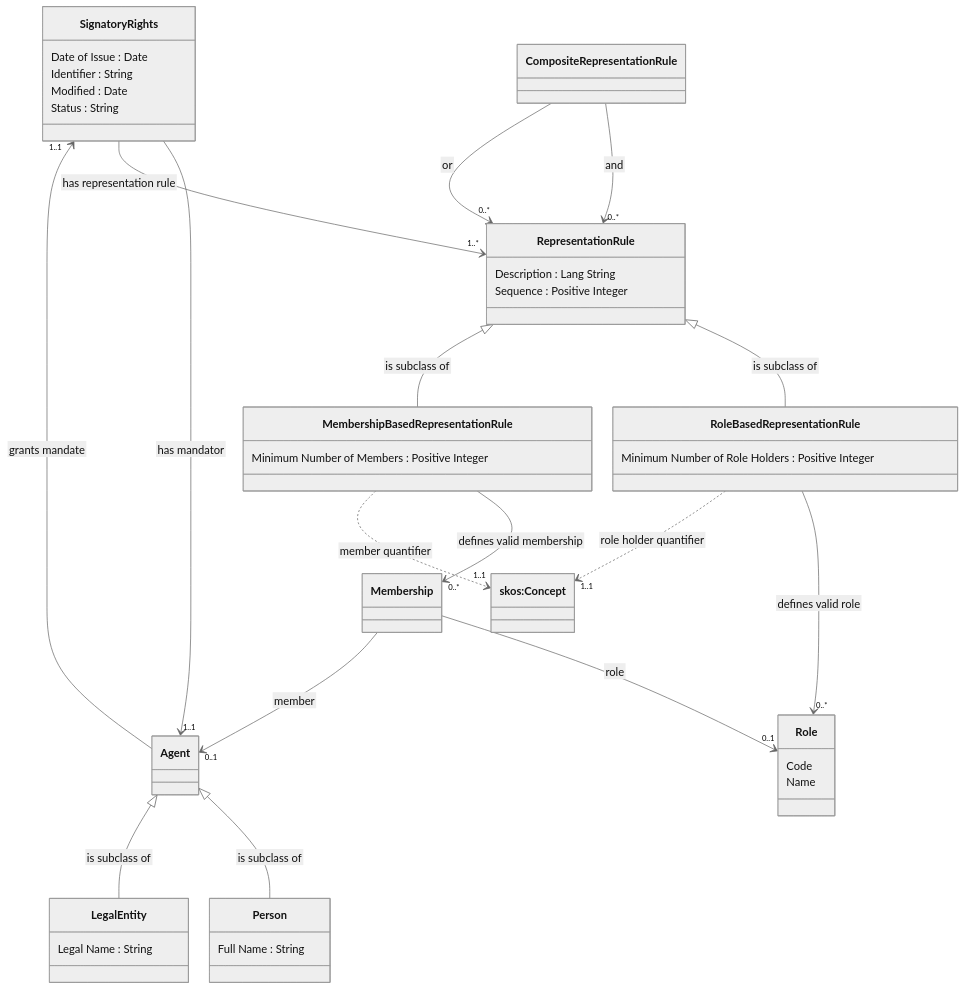
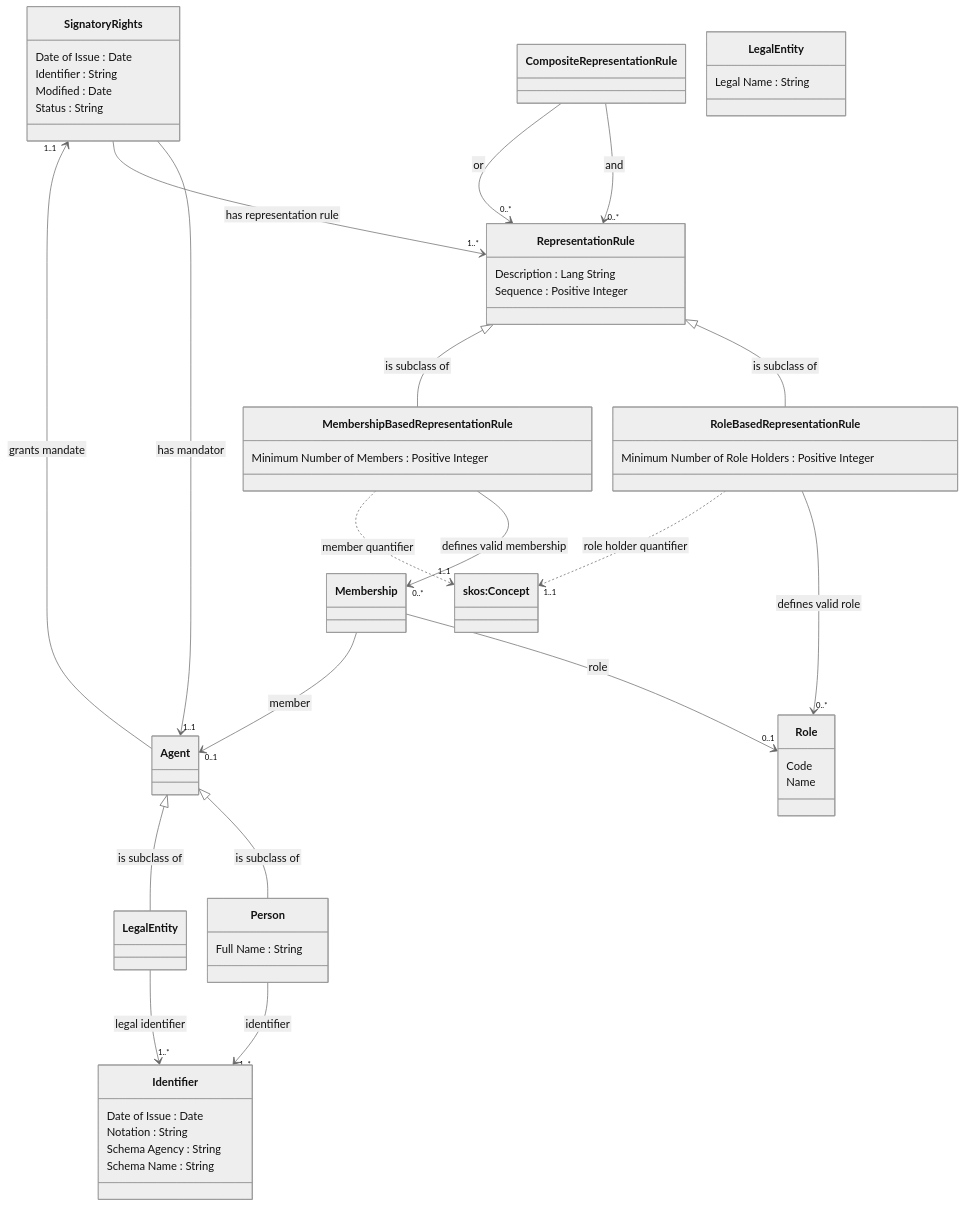
The second of 2 diagrams in README.md (nordicsmartgovernment/Nordic-Signatory-Rights-Model), drawn with Mermaid (neutral theme) before and after one commit.

````diff
--- a/README.md
+++ b/README.md
@@ -69,70 +69,81 @@
 ```mermaid
  %%{init:{'flowchart':{'nodeSpacing': 30, 'rankSpacing': 95, 'htmlLabels': false}}}%%
     classDiagram
         class Signatory Rights {
             Date of Issue : Date
             Identifier : String
             Modified : Date
             Status : String
         }
 
         Signatory Rights --> "1..1" AgentLegalEntity : has mandator
         Signatory Rights --> "1..*" Representation Rule : has representation rule
 
         class AgentLegalEntity["Agent"] {
         }
 
         AgentLegalEntity --> "1..1" Signatory Rights:grants mandate
 
         class Representation Rule {
            Description : Lang String
            Sequence : Positive Integer
         }
 
         class Role Based Representation Rule {
            Minimum Number of Role Holders : Positive Integer
         }
 
         Role Based Representation Rule --> "0..*" Role : defines valid role
         Role Based Representation Rule ..> "1..1" SKOSConcept : role holder quantifier
 
         class Membership Based Representation Rule {
            Minimum Number of Members : Positive Integer
         }
 
         Membership Based Representation Rule --> "0..*" Membership : defines valid membership
         Membership Based Representation Rule ..> "1..1" SKOSConcept : member quantifier
 
         class Composite Representation Rule {
         }
 
         Composite Representation Rule --> "0..*" Representation Rule : and
         Composite Representation Rule --> "0..*" Representation Rule : or
 
         class Role {
            Code
            Name
         }
 
         class SKOSConcept["skos:Concept"] {
         }
 
         class Membership {
         }
 
         Membership --> "0..1" Role : role
         Membership --> "0..1" AgentLegalEntity : member
 
         class Person {
            Full Name : String
         }
 
+        Person --> "1..*" Identifier : identifier
+
         class Legal Entity Member["LegalEntity"] {
            Legal Name : String
+        }
+
+        Legal Entity --> "1..*" Identifier : legal identifier
+
+        class Identifier {
+           Date of Issue : Date
+           Notation : String
+           Schema Agency : String
+           Schema Name : String
         }
 
         Representation Rule <|-- Role Based Representation Rule : is subclass of
         Representation Rule <|-- Membership Based Representation Rule : is subclass of
         AgentLegalEntity <|-- Person : is subclass of
-        AgentLegalEntity <|-- Legal Entity Member: is subclass of
+        AgentLegalEntity <|-- Legal Entity : is subclass of
 ```
````
